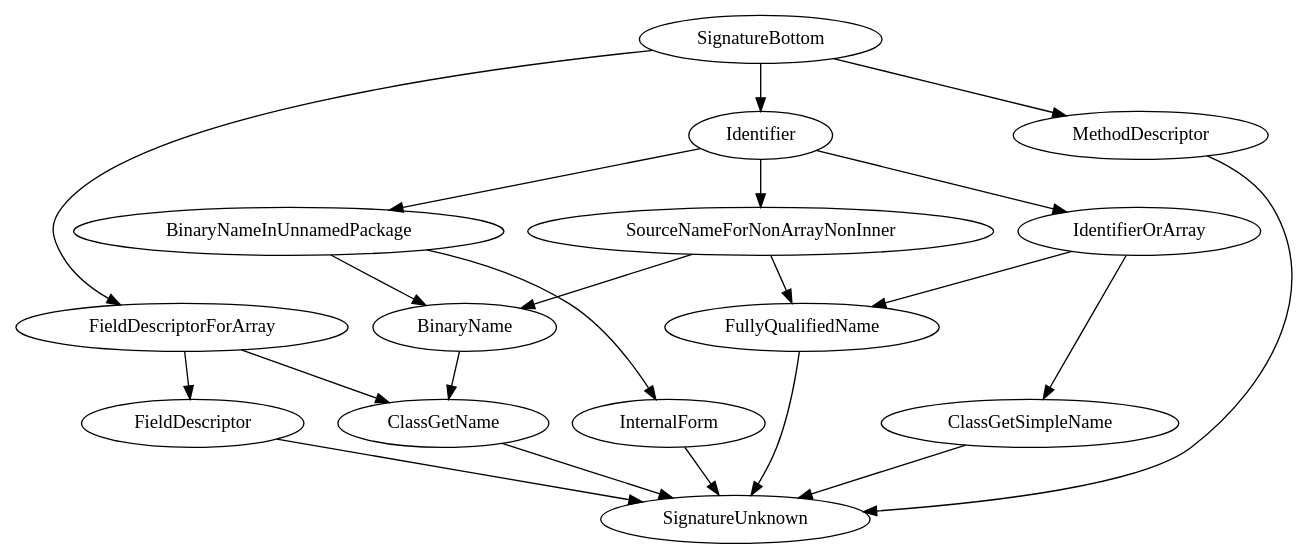
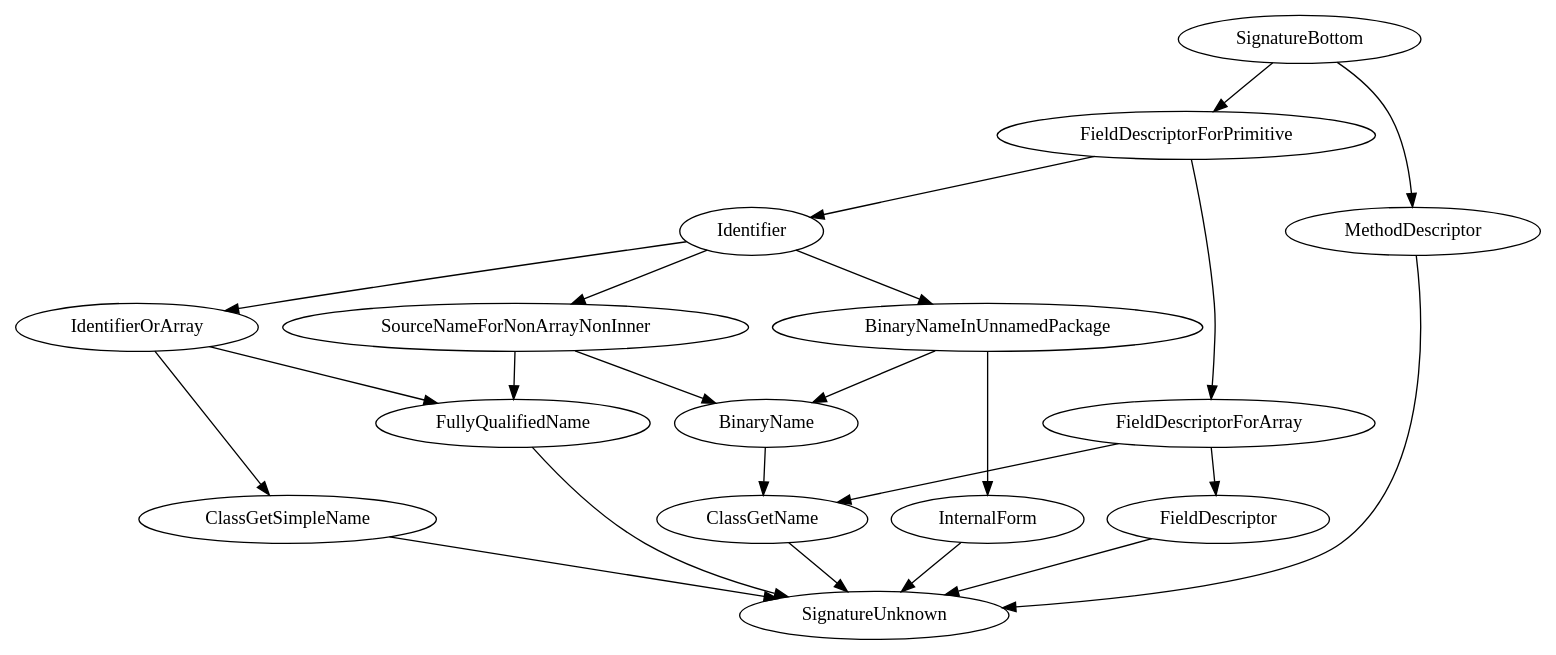
The diagram in checker/src/main/java/org/checkerframework/checker/signature/qual/graph.dot (typetools/checker-framework), drawn with Graphviz before and after one commit. The commit also changed 2 other files, not shown here.

Commit message:
added an annotation FieldDescriptorForPrimitive

```diff
--- a/checker/src/main/java/org/checkerframework/checker/signature/qual/graph.dot
+++ b/checker/src/main/java/org/checkerframework/checker/signature/qual/graph.dot
@@ -1,23 +1,24 @@
 digraph G {
 BinaryNameInUnnamedPackage -> BinaryName
 BinaryNameInUnnamedPackage -> InternalForm
 BinaryName -> ClassGetName
 ClassGetName -> SignatureUnknown
 ClassGetSimpleName -> SignatureUnknown
 FieldDescriptorForArray -> ClassGetName
 FieldDescriptorForArray -> FieldDescriptor
+FieldDescriptorForPrimitive -> FieldDescriptorForArray
+FieldDescriptorForPrimitive -> Identifier
 FieldDescriptor -> SignatureUnknown
 FullyQualifiedName -> SignatureUnknown
 Identifier -> SourceNameForNonArrayNonInner
 Identifier -> BinaryNameInUnnamedPackage
 Identifier -> IdentifierOrArray
 IdentifierOrArray -> FullyQualifiedName
 IdentifierOrArray -> ClassGetSimpleName
 InternalForm -> SignatureUnknown
 MethodDescriptor -> SignatureUnknown
-SignatureBottom -> Identifier
-SignatureBottom -> FieldDescriptorForArray
+SignatureBottom -> FieldDescriptorForPrimitive
 SignatureBottom -> MethodDescriptor
 SourceNameForNonArrayNonInner -> FullyQualifiedName
 SourceNameForNonArrayNonInner -> BinaryName
 }
```
